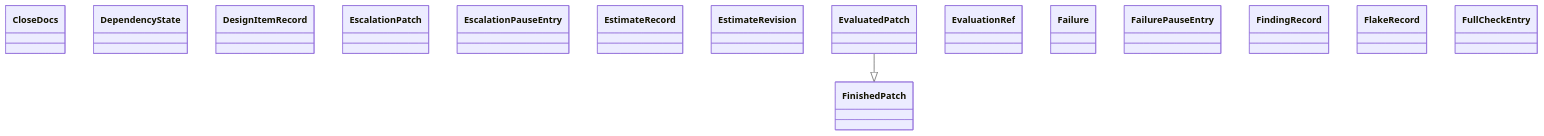
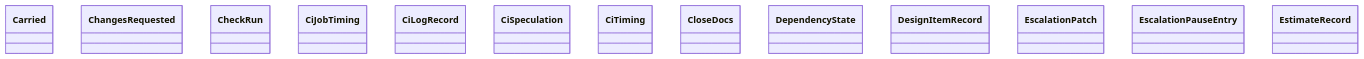
The diagram in docs/architecture/generated/classes-process-domain-state-3.md (GonzaloZevallos/agentic-system), drawn with Mermaid before and after one commit. The commit also changed other lines of this file and 31 other files, not shown here.

First line of the commit message:
Add the instant and check-run fields to the task contract and stamp pause entries from rules

````diff
--- a/docs/architecture/generated/classes-process-domain-state-3.md
+++ b/docs/architecture/generated/classes-process-domain-state-3.md
@@ -22,19 +23,16 @@
 ```mermaid
 classDiagram
+    class task__Carried["Carried"]
+    class task__ChangesRequested["ChangesRequested"]
+    class task__CheckRun["CheckRun"]
+    class task__CiJobTiming["CiJobTiming"]
+    class task__CiLogRecord["CiLogRecord"]
+    class task__CiSpeculation["CiSpeculation"]
+    class task__CiTiming["CiTiming"]
     class task__CloseDocs["CloseDocs"]
     class task__DependencyState["DependencyState"]
     class task__DesignItemRecord["DesignItemRecord"]
     class task__EscalationPatch["EscalationPatch"]
     class task__EscalationPauseEntry["EscalationPauseEntry"]
     class task__EstimateRecord["EstimateRecord"]
-    class task__EstimateRevision["EstimateRevision"]
-    class task__EvaluatedPatch["EvaluatedPatch"]
-    class task__EvaluationRef["EvaluationRef"]
-    class task__Failure["Failure"]
-    class task__FailurePauseEntry["FailurePauseEntry"]
-    class task__FindingRecord["FindingRecord"]
-    class task__FinishedPatch["FinishedPatch"]
-    class task__FlakeRecord["FlakeRecord"]
-    class task__FullCheckEntry["FullCheckEntry"]
-    task__EvaluatedPatch --|> task__FinishedPatch
 ```
````
